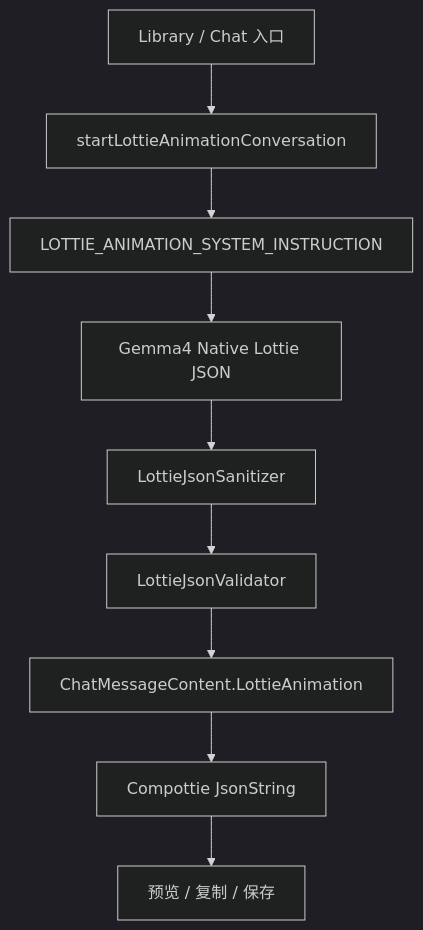
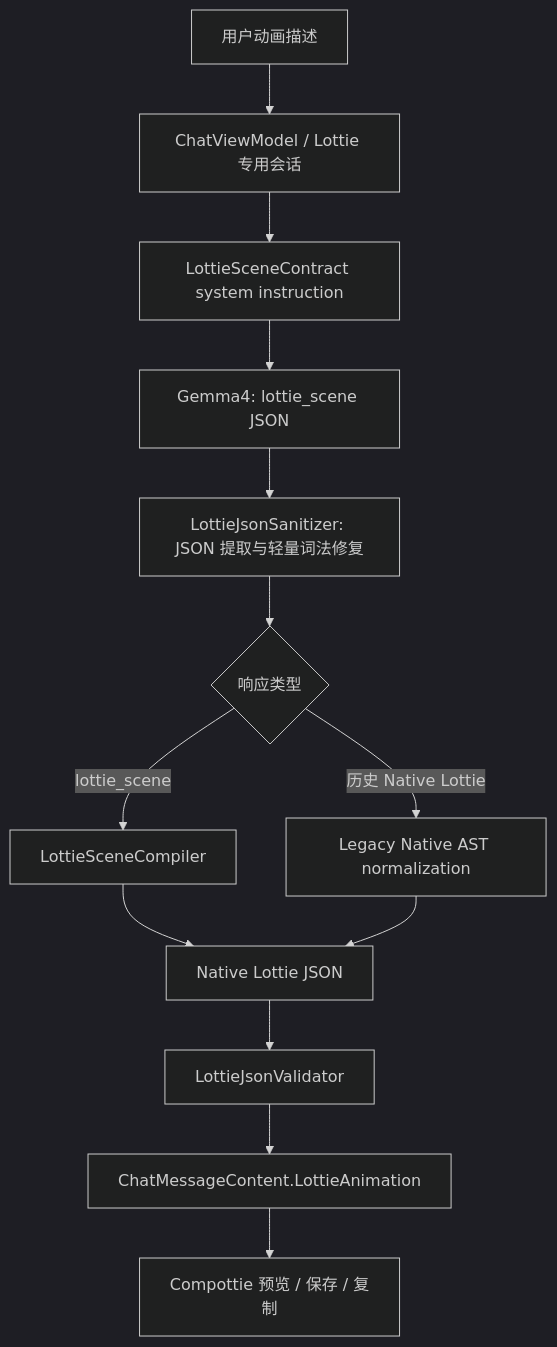
Before and after one commit to Onion99/Agro: the diagram in docs/designs/gemma4-lottie-json-compottie-route-plan.md, drawn with Mermaid (dark theme). The commit also changed other lines of this file and 11 other files, not shown here.

Commit message:
feat: 重构 Gemma4 4B Lottie 场景生成与确定性编译路线

````diff
--- a/docs/designs/gemma4-lottie-json-compottie-route-plan.md
+++ b/docs/designs/gemma4-lottie-json-compottie-route-plan.md
@@ -22,11 +31,15 @@
 ```mermaid
 flowchart TD
-    A[Library / Chat 入口] --> B[startLottieAnimationConversation]
-    B --> C[LOTTIE_ANIMATION_SYSTEM_INSTRUCTION]
-    C --> D[Gemma4 Native Lottie JSON]
-    D --> E[LottieJsonSanitizer]
-    E --> F[LottieJsonValidator]
-    F --> G[ChatMessageContent.LottieAnimation]
-    G --> H[Compottie JsonString]
-    H --> I[预览 / 复制 / 保存]
+    A[用户动画描述] --> B[ChatViewModel / Lottie 专用会话]
+    B --> C[LottieSceneContract system instruction]
+    C --> D[Gemma4: lottie_scene JSON]
+    D --> E[LottieJsonSanitizer: JSON 提取与轻量词法修复]
+    E --> F{响应类型}
+    F -->|lottie_scene| G[LottieSceneCompiler]
+    F -->|历史 Native Lottie| H[Legacy Native AST normalization]
+    G --> I[Native Lottie JSON]
+    H --> I
+    I --> J[LottieJsonValidator]
+    J --> K[ChatMessageContent.LottieAnimation]
+    K --> L[Compottie 预览 / 保存 / 复制]
 ```
````
